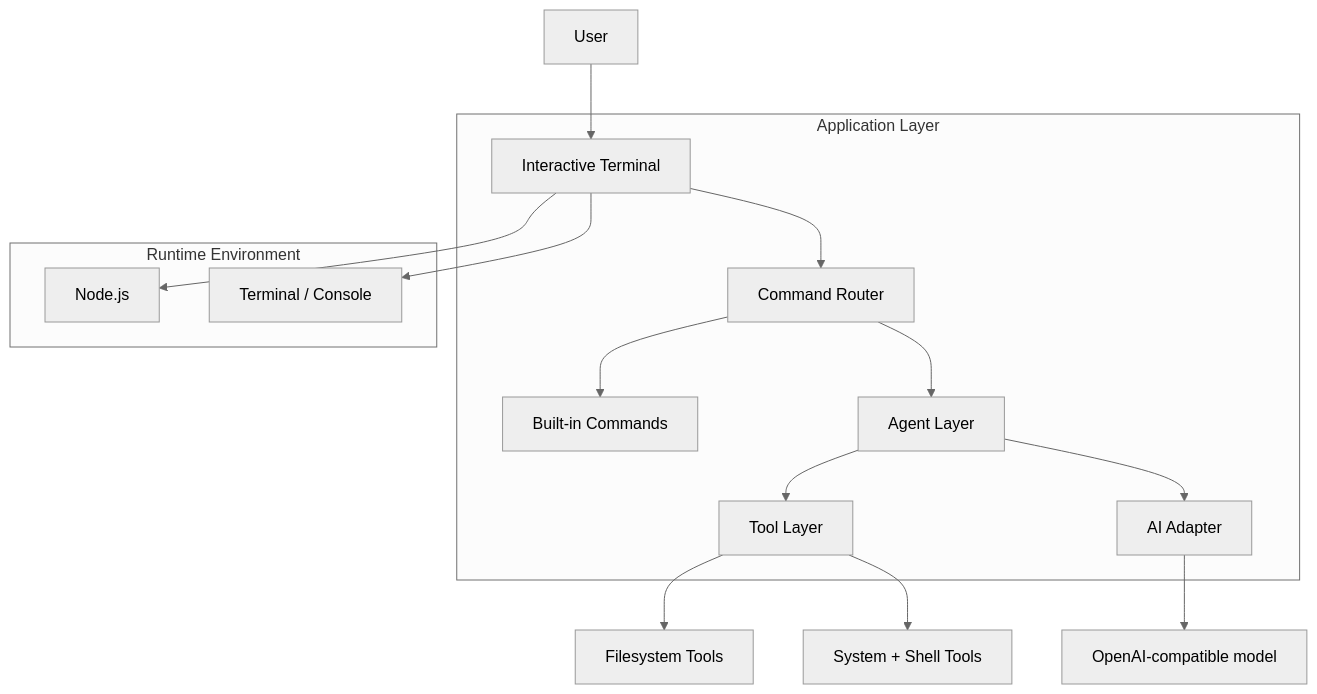
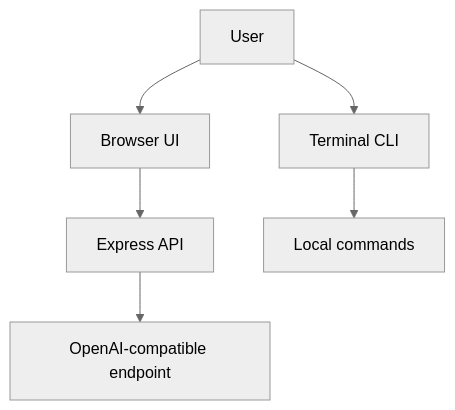
Before and after one commit to kormanlukas-cyber/AI-Terminal: the diagram in ARCHITECTURE.md, drawn with Mermaid (neutral theme). The commit also changed other lines of this file and 11 other files, not shown here.

Commit message:
Finalize and pack the repository with the completed terminal + browser AI app, deployment config, and docs.

````diff
--- a/ARCHITECTURE.md
+++ b/ARCHITECTURE.md
@@ -5,29 +7,8 @@
 ```mermaid
 flowchart TD
-    User["User"] --> Shell["Interactive Terminal"]
-    Shell --> Router["Command Router"]
-    Router --> Local["Built-in Commands"]
-    Router --> Agent["Agent Layer"]
-    Agent --> Tools["Tool Layer"]
-    Tools --> Filesystem["Filesystem Tools"]
-    Tools --> System["System + Shell Tools"]
-    Agent --> AI["AI Adapter"]
-    AI --> LLM["OpenAI-compatible model"]
-
-    subgraph App["Application Layer"]
-        Shell
-        Router
-        Local
-        Agent
-        Tools
-        AI
-    end
-
-    subgraph Runtime["Runtime Environment"]
-        Node["Node.js"]
-        Console["Terminal / Console"]
-    end
-
-    Shell --> Node
-    Shell --> Console
+    User["User"] --> Browser["Browser UI"]
+    Browser --> API["Express API"]
+    API --> OpenAI["OpenAI-compatible endpoint"]
+    User --> CLI["Terminal CLI"]
+    CLI --> Commands["Local commands"]
 ```
````
